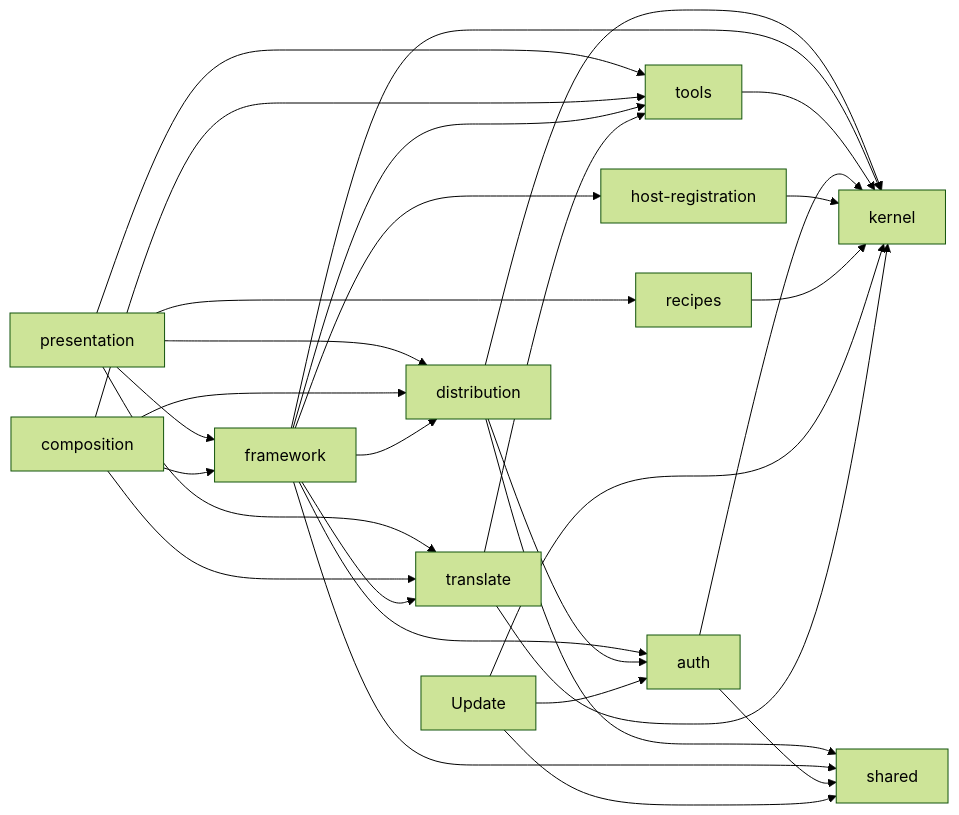
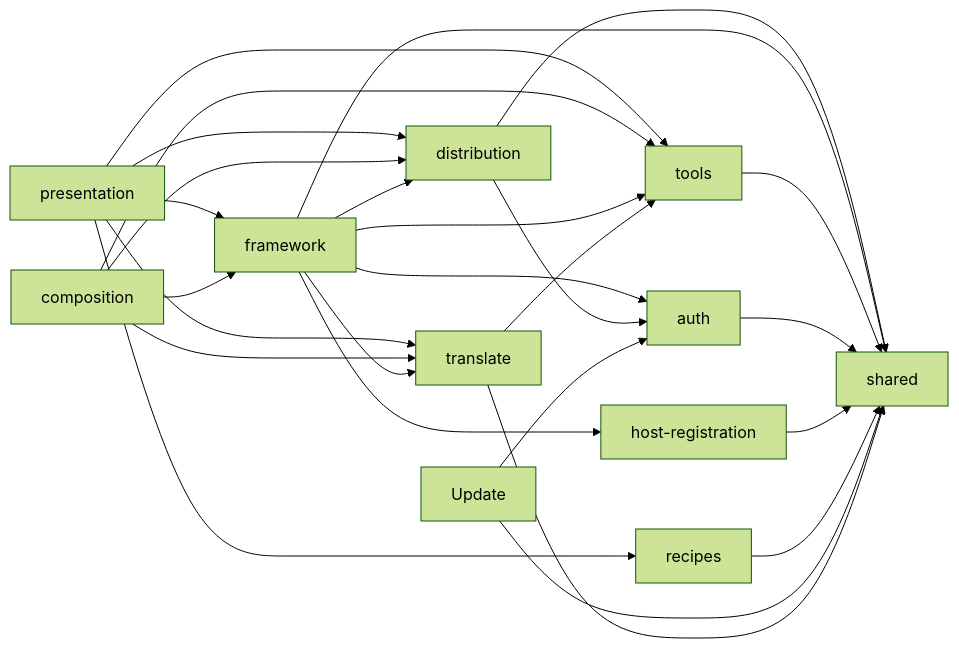
One commit to ai-driven-dev/framework changed the diagram in cli/aidd_docs/memory/architecture.md. Above: the diagram before and after it, drawn with Mermaid (forest theme). The commit also changed 617 other files, not shown here.

First line of the commit message:
refactor(cli): empty the kernel into shared and the contexts that earn each module

````diff
--- a/cli/aidd_docs/memory/architecture.md
+++ b/cli/aidd_docs/memory/architecture.md
@@ -15,32 +15,28 @@
 ```mermaid
 flowchart LR
     Presentation["presentation"] --> Distribution["distribution"]
     Presentation --> Framework["framework"]
     Presentation --> Recipes["recipes"]
     Presentation --> Tools["tools"]
     Presentation --> Translate["translate"]
     Composition["composition"] --> Distribution
     Composition --> Framework
     Composition --> Tools
     Composition --> Translate
     Framework --> Translate
     Framework --> Distribution
     Framework --> Tools
     Framework --> Auth["auth"]
     Framework --> HostRegistration["host-registration"]
     Distribution --> Auth
     Translate --> Tools
-    Distribution --> Kernel["kernel"]
     Distribution --> Shared["shared"]
     Framework --> Shared
-    Framework --> Kernel
-    Tools --> Kernel
-    Auth --> Kernel
-    HostRegistration --> Kernel
+    Tools --> Shared
     Auth --> Shared
+    HostRegistration --> Shared
     Update --> Auth
-    Recipes --> Kernel
-    Update --> Kernel
+    Recipes --> Shared
     Update --> Shared
-    Translate --> Kernel
+    Translate --> Shared
 ```
````
